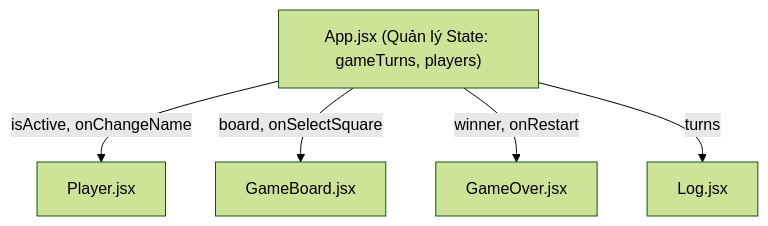
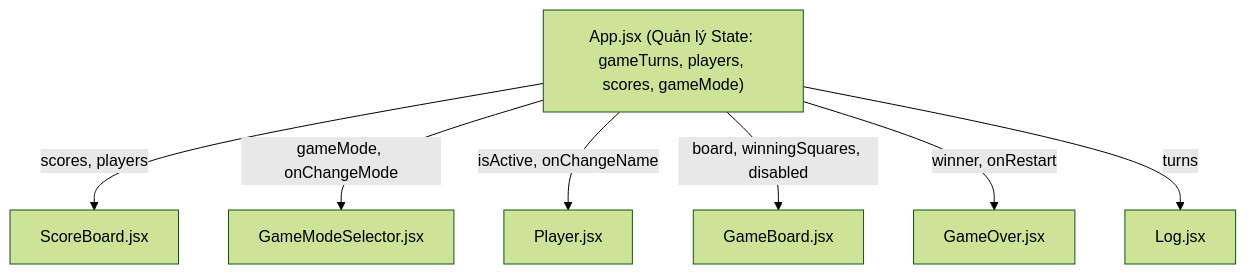
Before and after one commit to baohm88/udemy-react-complete-guide: the diagram in 04-tic-tac-toe-game/README.md, drawn with Mermaid (forest theme). The commit also changed other lines of this file and 4 other files, not shown here.

````diff
--- a/04-tic-tac-toe-game/README.md
+++ b/04-tic-tac-toe-game/README.md
@@ -67,8 +75,10 @@
 ```mermaid
 graph TD
-    App["App.jsx (Quản lý State: gameTurns, players)"]
+    App["App.jsx (Quản lý State: gameTurns, players, scores, gameMode)"]
+    App -->|"scores, players"| ScoreBoard["ScoreBoard.jsx"]
+    App -->|"gameMode, onChangeMode"| GameModeSelector["GameModeSelector.jsx"]
     App -->|"isActive, onChangeName"| Player["Player.jsx"]
-    App -->|"board, onSelectSquare"| GameBoard["GameBoard.jsx"]
+    App -->|"board, winningSquares, disabled"| GameBoard["GameBoard.jsx"]
     App -->|"winner, onRestart"| GameOver["GameOver.jsx"]
     App -->|"turns"| Log["Log.jsx"]
 ```
````
